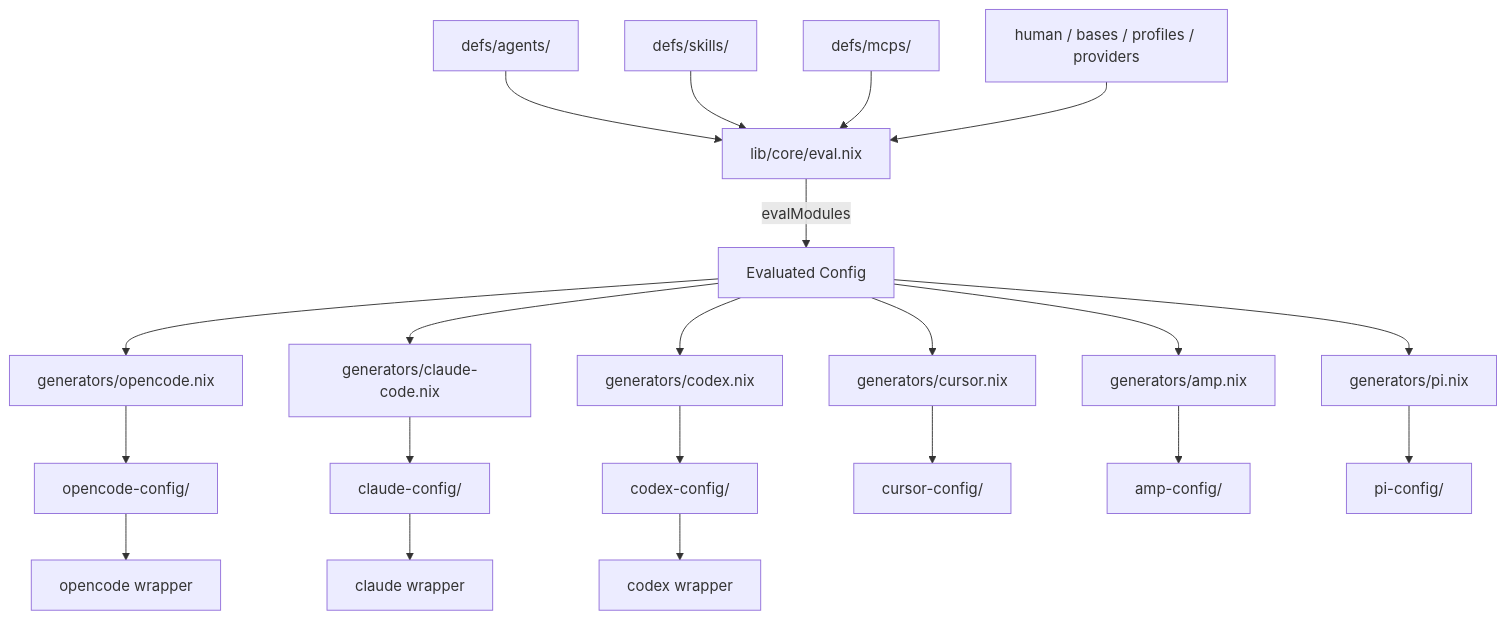
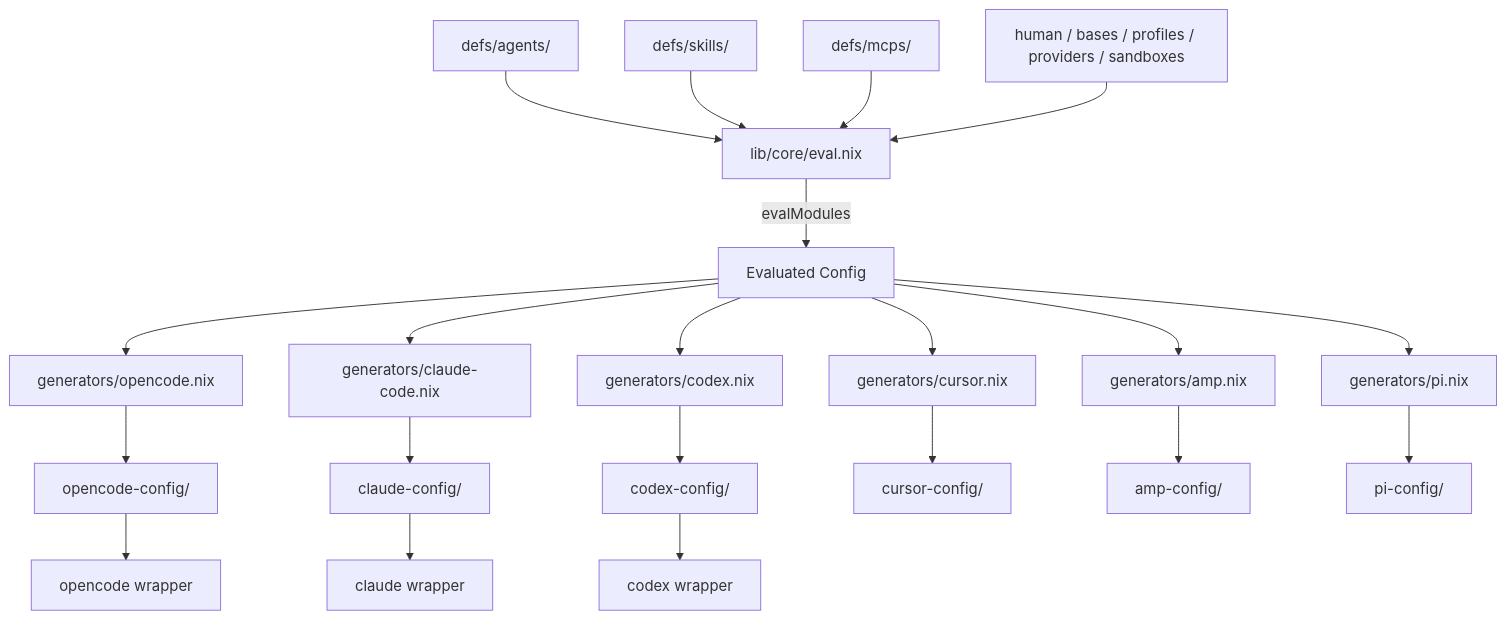
The first of 2 diagrams in ARCHITECTURE.md (kirksw/nix-agents), drawn with Mermaid before and after one commit. The commit also changed other lines of this file and 12 other files, not shown here.

````diff
--- a/ARCHITECTURE.md
+++ b/ARCHITECTURE.md
@@ -11,23 +12,23 @@
 ```mermaid
 graph TD
     A[defs/agents/] --> E[lib/core/eval.nix]
     S[defs/skills/] --> E
     M[defs/mcps/] --> E
-    H[human / bases / profiles / providers] --> E
+    H[human / bases / profiles / providers / sandboxes] --> E
     E --> |evalModules| C[Evaluated Config]
     C --> G1[generators/opencode.nix]
     C --> G2[generators/claude-code.nix]
     C --> G3[generators/codex.nix]
     C --> G4[generators/cursor.nix]
     C --> G5[generators/amp.nix]
     C --> G6[generators/pi.nix]
     G1 --> O1[opencode-config/]
     G2 --> O2[claude-config/]
     G3 --> O3[codex-config/]
     G4 --> O4[cursor-config/]
     G5 --> O5[amp-config/]
     G6 --> O6[pi-config/]
     O1 --> W1[opencode wrapper]
     O2 --> W2[claude wrapper]
     O3 --> W3[codex wrapper]
 ```
````
